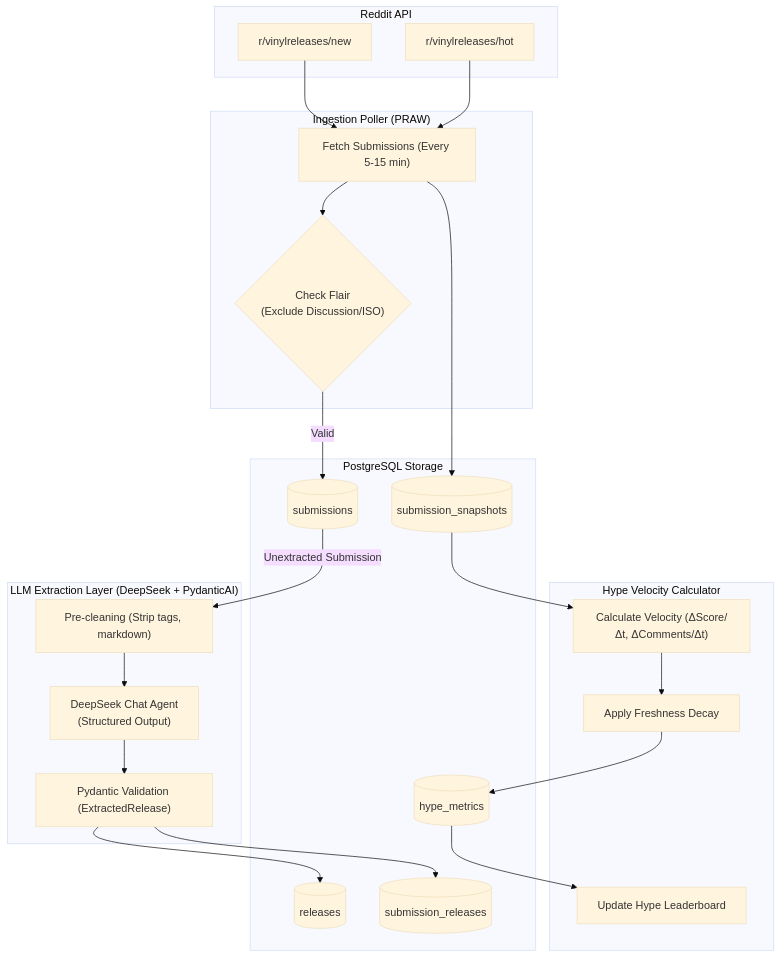
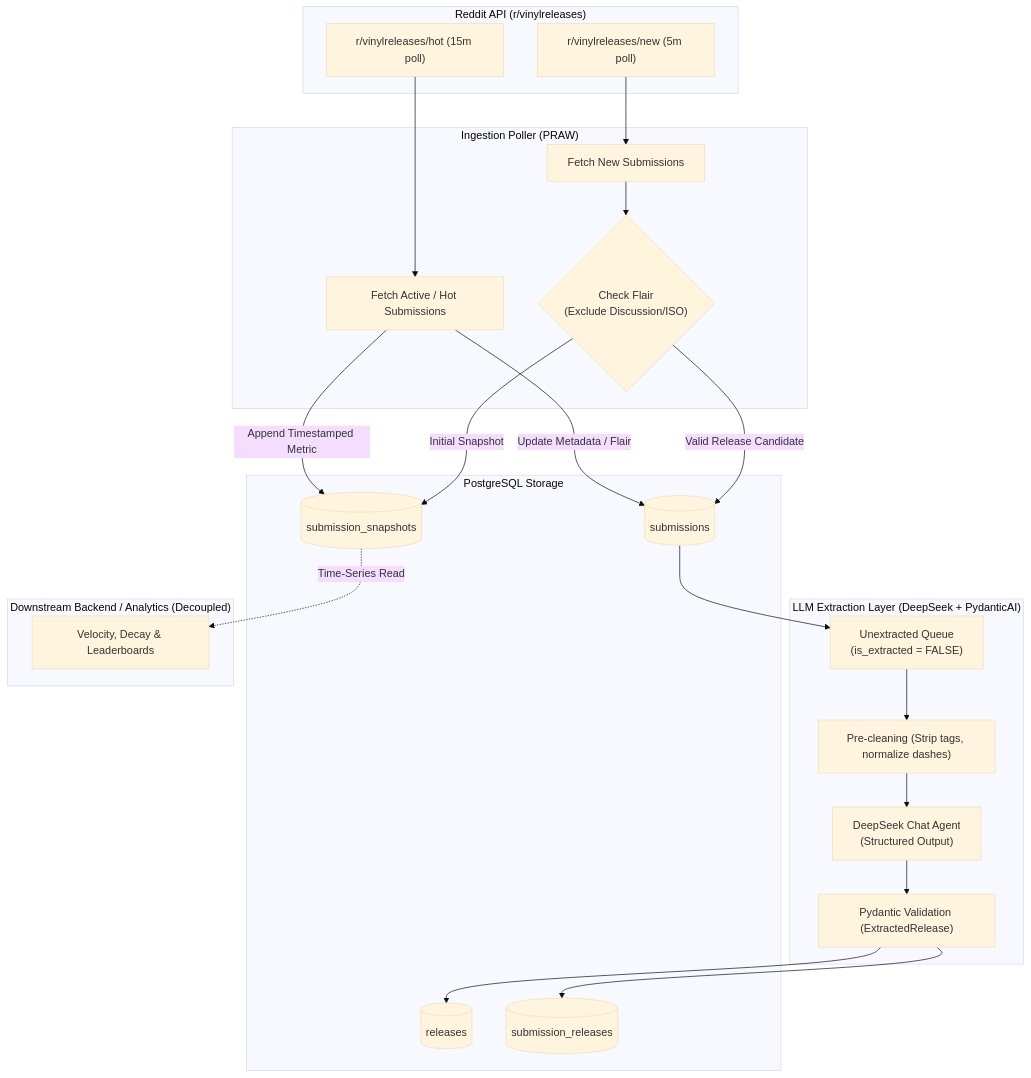
One commit to Lolgend/vinyl-reddit-scrape changed the diagram in docs/spec/vinyl-releases-scraper.md. Above: the diagram before and after it, drawn with Mermaid (base theme). The commit also changed other lines of this file and 4 other files, not shown here.

Commit message:
feat(prototype): refine extraction schema with multi-artist support, unified variant, and strict noise filtration

````diff
--- a/docs/spec/vinyl-releases-scraper.md
+++ b/docs/spec/vinyl-releases-scraper.md
@@ -7,49 +9,49 @@
 ```mermaid
 flowchart TD
-    subgraph Reddit["Reddit API"]
-        SubNew["r/vinylreleases/new"]
-        SubHot["r/vinylreleases/hot"]
+    subgraph Reddit["Reddit API (r/vinylreleases)"]
+        SubNew["r/vinylreleases/new (5m poll)"]
+        SubHot["r/vinylreleases/hot (15m poll)"]
     end
 
     subgraph Poller["Ingestion Poller (PRAW)"]
-        Fetch["Fetch Submissions (Every 5-15 min)"]
+        FetchNew["Fetch New Submissions"]
+        FetchHot["Fetch Active / Hot Submissions"]
         FilterFlairs{"Check Flair\n(Exclude Discussion/ISO)"}
     end
 
     subgraph Database["PostgreSQL Storage"]
         T_Submissions[("submissions")]
         T_Snapshots[("submission_snapshots")]
         T_Releases[("releases")]
         T_SubRel[("submission_releases")]
-        T_Hype[("hype_metrics")]
     end
 
     subgraph Extractor["LLM Extraction Layer (DeepSeek + PydanticAI)"]
-        PreClean["Pre-cleaning (Strip tags, markdown)"]
+        Queue["Unextracted Queue\n(is_extracted = FALSE)"]
+        PreClean["Pre-cleaning (Strip tags, normalize dashes)"]
         DeepSeekAgent["DeepSeek Chat Agent\n(Structured Output)"]
         ValidateSchema["Pydantic Validation (ExtractedRelease)"]
     end
 
-    subgraph HypeEngine["Hype Velocity Calculator"]
-        DiffCalc["Calculate Velocity (ΔScore/Δt, ΔComments/Δt)"]
-        DecayCalc["Apply Freshness Decay"]
-        RankTable["Update Hype Leaderboard"]
+    subgraph Downstream["Downstream Backend / Analytics (Decoupled)"]
+        AnalyticsEngine["Velocity, Decay & Leaderboards"]
     end
 
-    SubNew --> Fetch
-    SubHot --> Fetch
-    Fetch --> FilterFlairs
-    FilterFlairs -->|Valid| T_Submissions
-    Fetch --> T_Snapshots
+    SubNew --> FetchNew
+    SubHot --> FetchHot
+    FetchNew --> FilterFlairs
+    FilterFlairs -->|Valid Release Candidate| T_Submissions
+    FilterFlairs -->|Initial Snapshot| T_Snapshots
 
-    T_Submissions -->|Unextracted Submission| PreClean
+    FetchHot -->|Update Metadata / Flair| T_Submissions
+    FetchHot -->|Append Timestamped Metric| T_Snapshots
+
+    T_Submissions --> Queue
+    Queue --> PreClean
     PreClean --> DeepSeekAgent
     DeepSeekAgent --> ValidateSchema
     ValidateSchema --> T_Releases
     ValidateSchema --> T_SubRel
 
-    T_Snapshots --> DiffCalc
-    DiffCalc --> DecayCalc
-    DecayCalc --> T_Hype
-    T_Hype --> RankTable
+    T_Snapshots -.->|Time-Series Read| AnalyticsEngine
 ```
````
